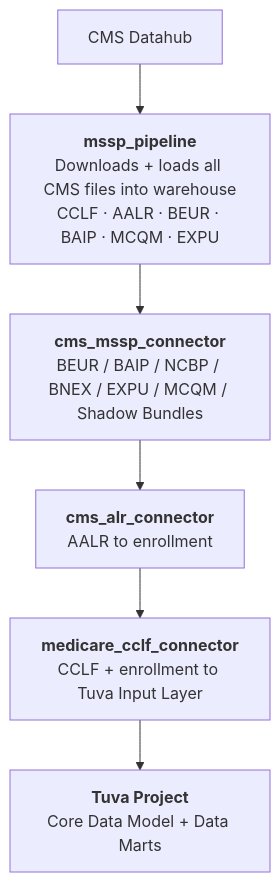
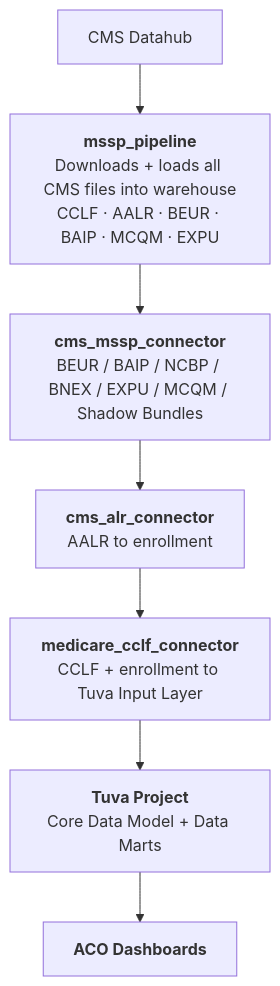
Before and after one commit to tuva-health/tuva: the first of 2 diagrams in docs/docs/mssp-acos/overview.md, drawn with Mermaid. The commit also changed other lines of this file and 4 other files, not shown here.

````diff
--- a/docs/docs/mssp-acos/overview.md
+++ b/docs/docs/mssp-acos/overview.md
@@ -39,14 +39,15 @@
 ```mermaid
 flowchart TD
     A[CMS Datahub] --> B["`**mssp_pipeline**
 Downloads + loads all CMS files into warehouse
 CCLF · AALR · BEUR · BAIP · MCQM · EXPU`"]
     B --> C["`**cms_mssp_connector**
 BEUR / BAIP / NCBP / BNEX / EXPU / MCQM / Shadow Bundles`"]
     C --> D["`**cms_alr_connector**
 AALR to enrollment`"]
     D --> E["`**medicare_cclf_connector**
 CCLF + enrollment to Tuva Input Layer`"]
     E --> F["`**Tuva Project**
 Core Data Model + Data Marts`"]
+    F --> G["`**ACO Dashboards**`"]
 ```
````
